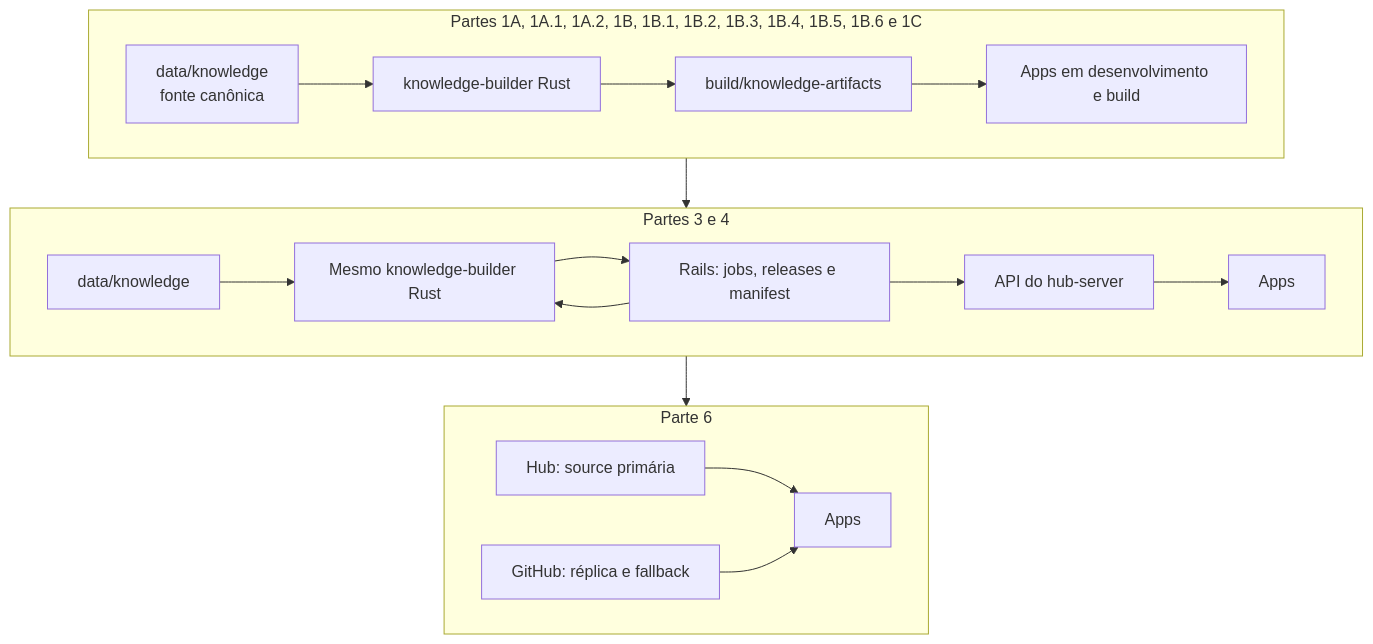
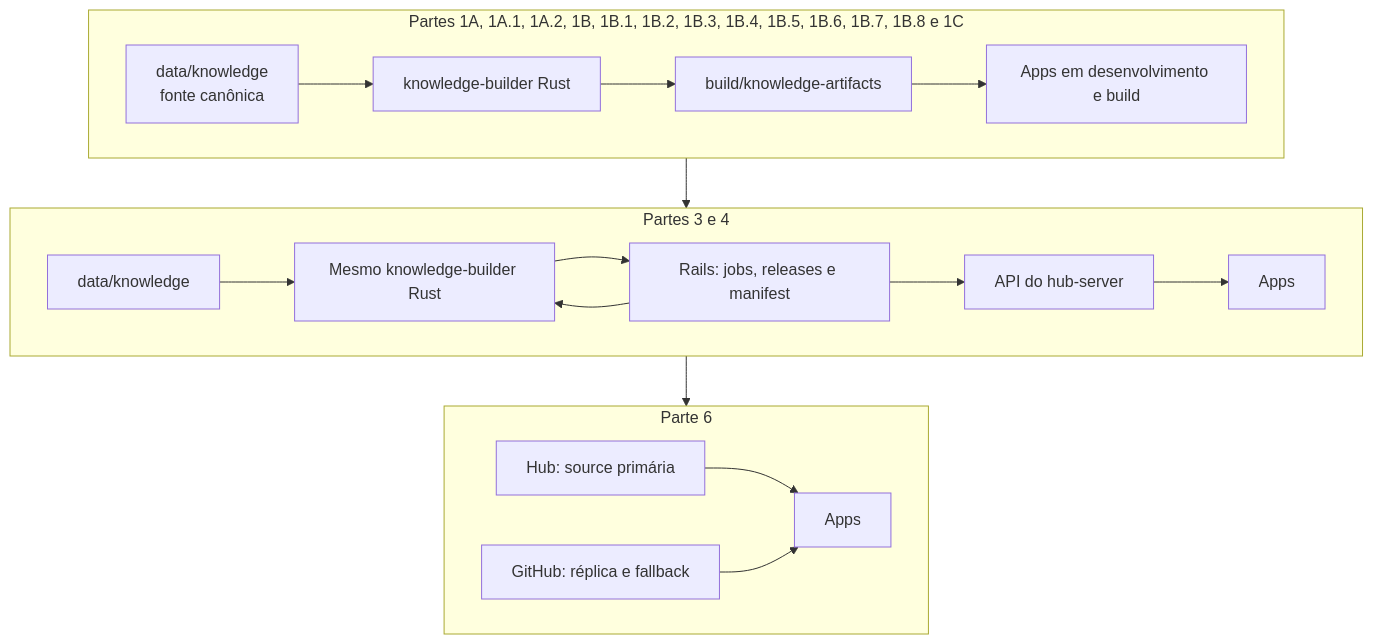
The second of 3 diagrams in docs/plans/hub-server/README.md (migmoroni/veterinary-clinic), drawn with Mermaid before and after one commit. The commit also changed other lines of this file and 58 other files, not shown here.

````diff
--- a/docs/plans/hub-server/README.md
+++ b/docs/plans/hub-server/README.md
@@ -64,23 +68,23 @@
 ```mermaid
 flowchart TB
-    subgraph S1["Partes 1A, 1A.1, 1A.2, 1B, 1B.1, 1B.2, 1B.3, 1B.4, 1B.5, 1B.6 e 1C"]
+    subgraph S1["Partes 1A, 1A.1, 1A.2, 1B, 1B.1, 1B.2, 1B.3, 1B.4, 1B.5, 1B.6, 1B.7, 1B.8 e 1C"]
         D1["data/knowledge<br/>fonte canônica"] --> G1["knowledge-builder Rust"]
         G1 --> B1["build/knowledge-artifacts"]
         B1 --> A1["Apps em desenvolvimento e build"]
     end
 
     subgraph S2["Partes 3 e 4"]
         D2["data/knowledge"] --> G2["Mesmo knowledge-builder Rust"]
         R2["Rails: jobs, releases e manifest"] --> G2
         G2 --> R2
         R2 --> H2["API do hub-server"]
         H2 --> A2["Apps"]
     end
 
     subgraph S3["Parte 6"]
         H3["Hub: source primária"] --> A3["Apps"]
         GH3["GitHub: réplica e fallback"] --> A3
     end
 
     S1 --> S2 --> S3
 ```
````
